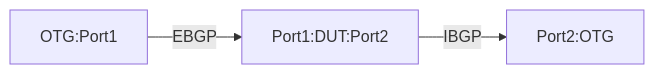
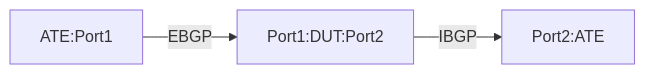
One commit to openconfig/featureprofiles changed the diagram in feature/bgp/gracefulrestart/ate_tests/bgp_graceful_restart_test/README.md. Above: the diagram before and after it, drawn with Mermaid. The commit also changed other lines of this file, not shown here.

````diff
--- a/feature/bgp/gracefulrestart/ate_tests/bgp_graceful_restart_test/README.md
+++ b/feature/bgp/gracefulrestart/ate_tests/bgp_graceful_restart_test/README.md
@@ -14,5 +14,5 @@
 ```mermaid
 graph LR; 
-A[OTG:Port1] -- EBGP --> B[Port1:DUT:Port2];
-B -- IBGP --> C[Port2:OTG];
+A[ATE:Port1] -- EBGP --> B[Port1:DUT:Port2];
+B -- IBGP --> C[Port2:ATE];
 ```
````
